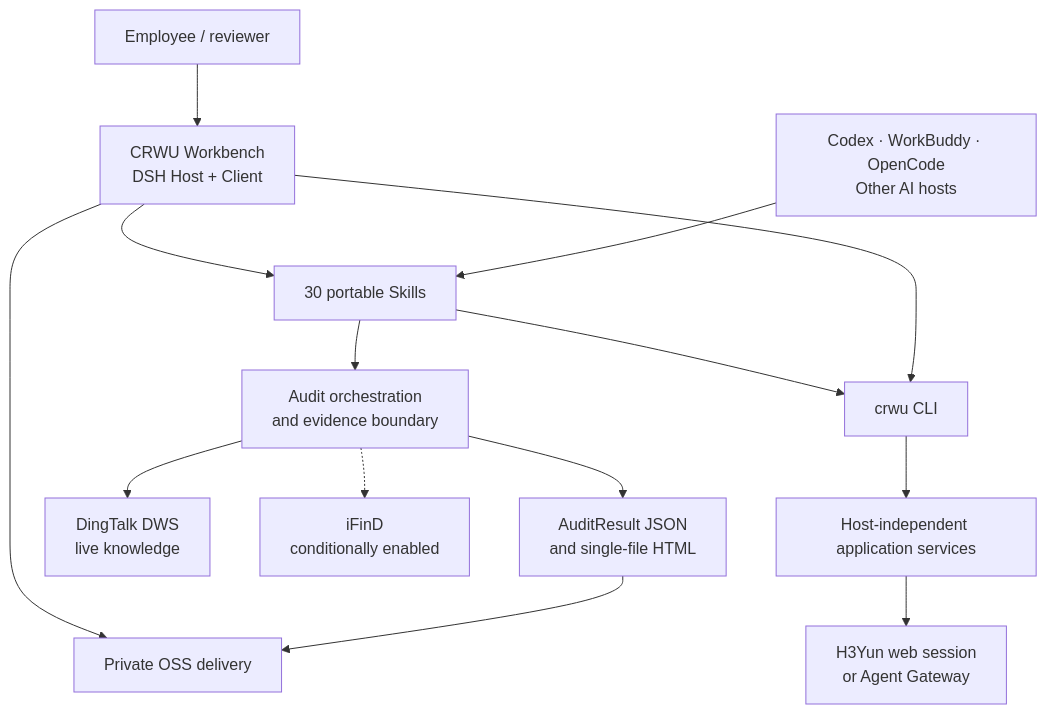
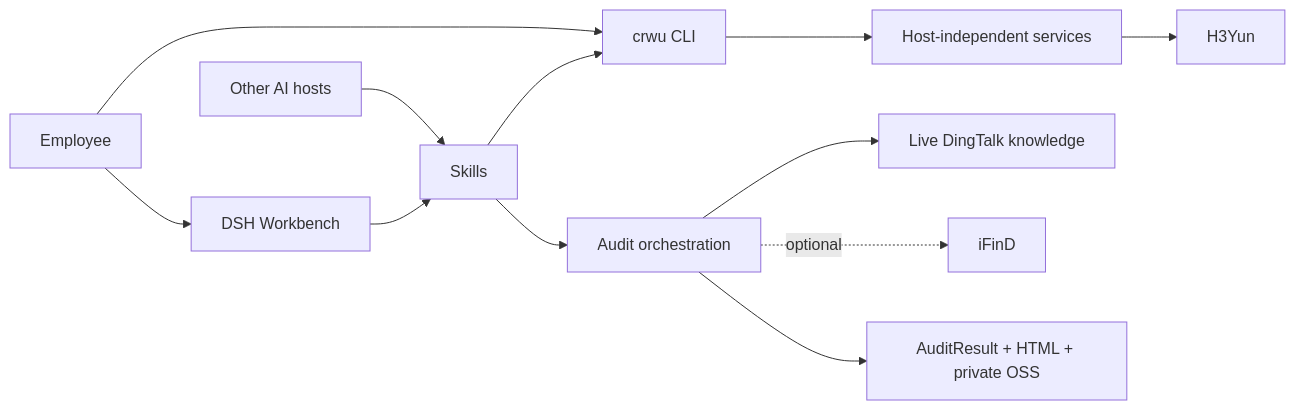
Before and after one commit to mmungdong/crwu-ai: the diagram in README.md, drawn with Mermaid. The commit also changed other lines of this file and 41 other files, not shown here.

````diff
--- a/README.md
+++ b/README.md
@@ -259,29 +100,14 @@
 ```mermaid
-flowchart TB
-    USER[Employee / reviewer]
-    DSH[CRWU Workbench<br/>DSH Host + Client]
-    HOSTS[Codex · WorkBuddy · OpenCode<br/>Other AI hosts]
-    SKILLS[30 portable Skills]
-    AUDIT[Audit orchestration<br/>and evidence boundary]
-    CLI[crwu CLI]
-    APP[Host-independent application services]
-    H3[H3Yun web session<br/>or Agent Gateway]
-    DWS[DingTalk DWS<br/>live knowledge]
-    OSS[Private OSS delivery]
-    IFIND[iFinD<br/>conditionally enabled]
-    REPORT[AuditResult JSON<br/>and single-file HTML]
-
-    USER --> DSH
-    DSH --> SKILLS
-    HOSTS --> SKILLS
-    SKILLS --> AUDIT
-    SKILLS --> CLI
-    DSH --> CLI
-    DSH --> OSS
-    AUDIT --> DWS
-    AUDIT -.-> IFIND
-    AUDIT --> REPORT
-    CLI --> APP
-    APP --> H3
-    REPORT --> OSS
+flowchart LR
+    Employee --> Workbench[DSH Workbench]
+    Employee --> CLI[crwu CLI]
+    Hosts[Other AI hosts] --> Skills
+    Workbench --> Skills
+    Skills --> Audit[Audit orchestration]
+    Skills --> CLI
+    CLI --> Services[Host-independent services]
+    Services --> H3Yun
+    Audit --> DWS[Live DingTalk knowledge]
+    Audit -. optional .-> iFinD
+    Audit --> Delivery[AuditResult + HTML + private OSS]
 ```
````
